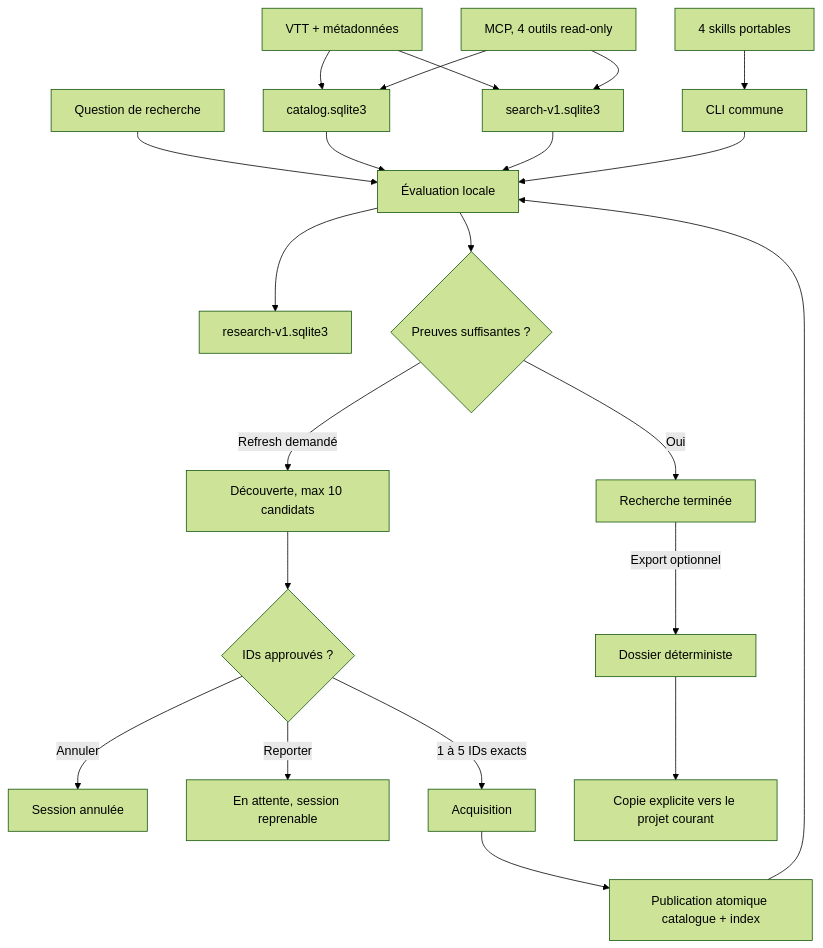
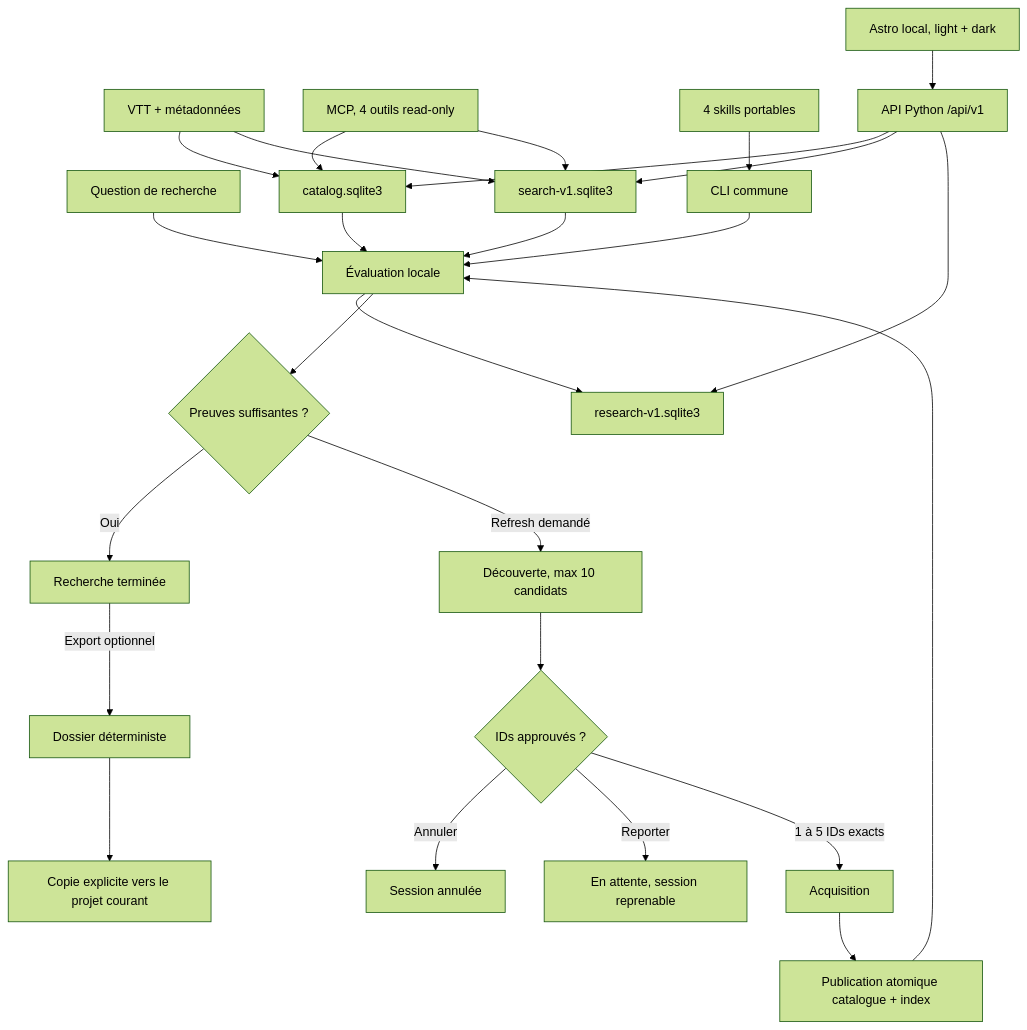
The diagram in docs/IMPLEMENTATION-STATUS.md (FlorianBruniaux/youtube-video-insights), drawn with Mermaid (forest theme) before and after one commit. The commit also changed other lines of this file and 17 other files, not shown here.

Commit message:
feat(web): ship the local Astro research interface

````diff
--- a/docs/IMPLEMENTATION-STATUS.md
+++ b/docs/IMPLEMENTATION-STATUS.md
@@ -20,24 +21,28 @@
 ```mermaid
 flowchart TD
     U[Question de recherche] --> A[Évaluation locale]
     VTT[VTT + métadonnées] --> CAT[catalog.sqlite3]
     VTT --> FTS[search-v1.sqlite3]
     CAT --> A
     FTS --> A
     A --> R[research-v1.sqlite3]
     A --> Q1{Preuves suffisantes ?}
     Q1 -->|Oui| DONE[Recherche terminée]
     DONE -->|Export optionnel| OUT[Dossier déterministe]
     Q1 -->|Refresh demandé| DISC[Découverte, max 10 candidats]
     DISC --> Q2{IDs approuvés ?}
     Q2 -->|Annuler| STOP[Session annulée]
     Q2 -->|Reporter| HOLD[En attente, session reprenable]
     Q2 -->|1 à 5 IDs exacts| ACQ[Acquisition]
     ACQ --> IDX[Publication atomique catalogue + index]
     IDX --> A
     OUT --> COPY[Copie explicite vers le projet courant]
     MCP[MCP, 4 outils read-only] --> CAT
     MCP --> FTS
     SKILL[4 skills portables] --> CLI[CLI commune]
     CLI --> A
+    WEB[Astro local, light + dark] --> API[API Python /api/v1]
+    API --> CAT
+    API --> FTS
+    API --> R
 ```
````
